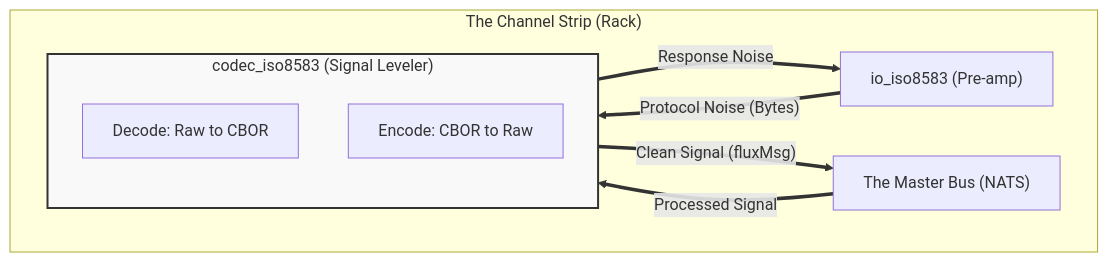
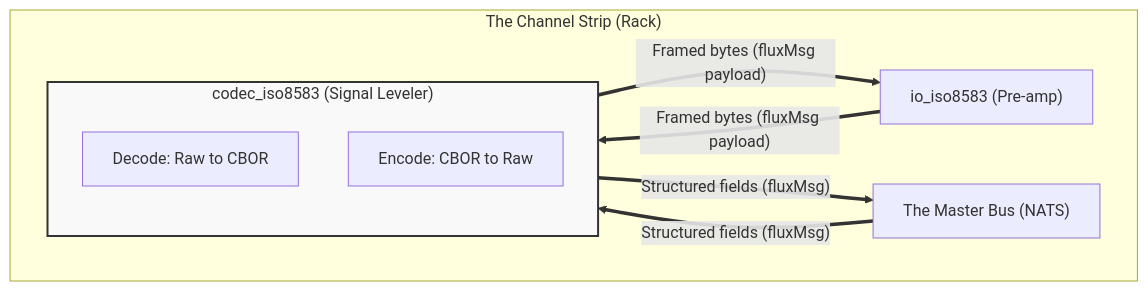
Before and after one commit to fluxrig/website: the diagram in docs/reference/gears/codec_iso8583.md, drawn with Mermaid. The commit also changed other lines of this file and 44 other files, not shown here.

````diff
--- a/docs/reference/gears/codec_iso8583.md
+++ b/docs/reference/gears/codec_iso8583.md
@@ -40,22 +65,22 @@
 ```mermaid
 graph LR
     subgraph "The Channel Strip (Rack)"
         direction LR
         PreAmp["io_iso8583 (Pre-amp)"]
         subgraph codec_iso8583 ["codec_iso8583 (Signal Leveler)"]
             direction TB
             Decode["Decode: Raw to CBOR"]
             Encode["Encode: CBOR to Raw"]
         end
         Bus["The Master Bus (NATS)"]
     end
 
-    %% Signal Flow
-    PreAmp == "Protocol Noise (Bytes)" ==> Decode
-    Decode == "Clean Signal (fluxMsg)" ==> Bus
-    Bus == "Processed Signal" ==> Encode
-    Encode == "Response Noise" ==> PreAmp
+    %% Signal Flow (each arrow is one unidirectional wire)
+    PreAmp == "Framed bytes (fluxMsg payload)" ==> Decode
+    Decode == "Structured fields (fluxMsg)" ==> Bus
+    Bus == "Structured fields (fluxMsg)" ==> Encode
+    Encode == "Framed bytes (fluxMsg payload)" ==> PreAmp
 
     classDef gear fill:#f9f9f9,stroke:#333,stroke-width:2px;
     class codec_iso8583 gear;
 ```
````
